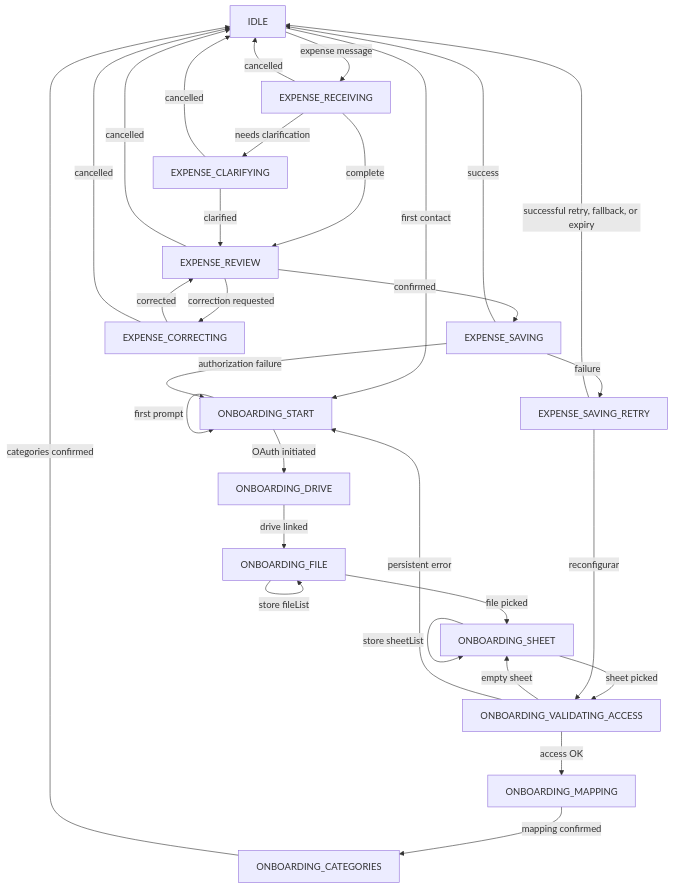
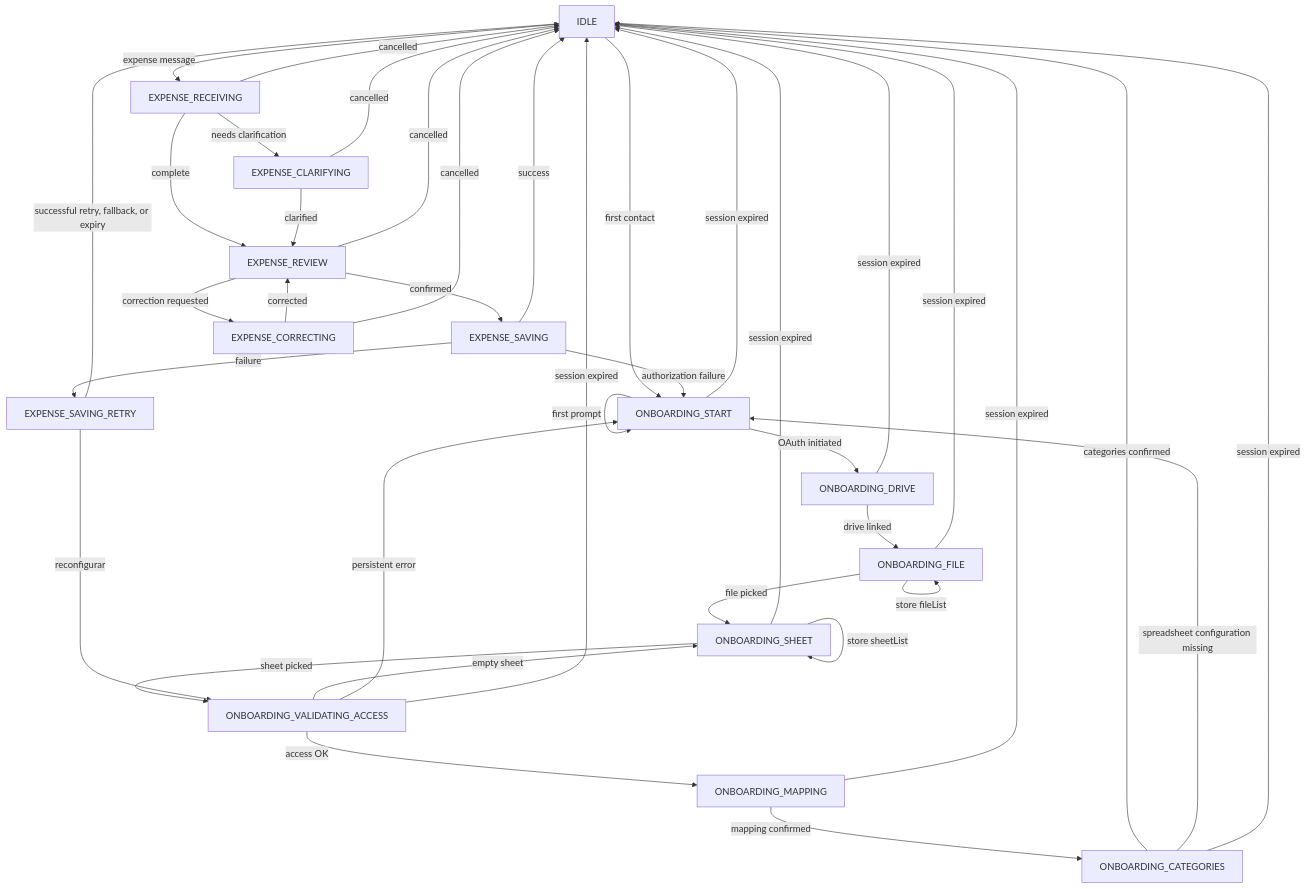
One commit to nmacenco/gastto changed the diagram in docs/architecture/fsm-states.md. Above: the diagram before and after it, drawn with Mermaid. The commit also changed other lines of this file and 7 other files, not shown here.

````diff
--- a/docs/architecture/fsm-states.md
+++ b/docs/architecture/fsm-states.md
@@ -55,39 +55,48 @@
 ```mermaid
 flowchart TD
     IDLE -->|first contact| ONBOARDING_START
     IDLE -->|expense message| EXPENSE_RECEIVING
 
     ONBOARDING_START -->|first prompt| ONBOARDING_START
     ONBOARDING_START -->|OAuth initiated| ONBOARDING_DRIVE
     ONBOARDING_DRIVE -->|drive linked| ONBOARDING_FILE
     ONBOARDING_FILE -->|store fileList| ONBOARDING_FILE
     ONBOARDING_FILE -->|file picked| ONBOARDING_SHEET
     ONBOARDING_SHEET -->|store sheetList| ONBOARDING_SHEET
     ONBOARDING_SHEET -->|sheet picked| ONBOARDING_VALIDATING_ACCESS
     ONBOARDING_VALIDATING_ACCESS -->|access OK| ONBOARDING_MAPPING
     ONBOARDING_VALIDATING_ACCESS -->|empty sheet| ONBOARDING_SHEET
     ONBOARDING_VALIDATING_ACCESS -->|persistent error| ONBOARDING_START
     ONBOARDING_MAPPING -->|mapping confirmed| ONBOARDING_CATEGORIES
     ONBOARDING_CATEGORIES -->|categories confirmed| IDLE
+    ONBOARDING_CATEGORIES -->|spreadsheet configuration missing| ONBOARDING_START
+
+    ONBOARDING_START -->|session expired| IDLE
+    ONBOARDING_DRIVE -->|session expired| IDLE
+    ONBOARDING_FILE -->|session expired| IDLE
+    ONBOARDING_SHEET -->|session expired| IDLE
+    ONBOARDING_VALIDATING_ACCESS -->|session expired| IDLE
+    ONBOARDING_MAPPING -->|session expired| IDLE
+    ONBOARDING_CATEGORIES -->|session expired| IDLE
 
     EXPENSE_RECEIVING -->|needs clarification| EXPENSE_CLARIFYING
     EXPENSE_RECEIVING -->|complete| EXPENSE_REVIEW
     EXPENSE_RECEIVING -->|cancelled| IDLE
 
     EXPENSE_CLARIFYING -->|clarified| EXPENSE_REVIEW
     EXPENSE_CLARIFYING -->|cancelled| IDLE
 
     EXPENSE_REVIEW -->|confirmed| EXPENSE_SAVING
     EXPENSE_REVIEW -->|correction requested| EXPENSE_CORRECTING
     EXPENSE_REVIEW -->|cancelled| IDLE
 
     EXPENSE_CORRECTING -->|corrected| EXPENSE_REVIEW
     EXPENSE_CORRECTING -->|cancelled| IDLE
 
     EXPENSE_SAVING -->|success| IDLE
     EXPENSE_SAVING -->|failure| EXPENSE_SAVING_RETRY
     EXPENSE_SAVING -->|authorization failure| ONBOARDING_START
 
     EXPENSE_SAVING_RETRY -->|successful retry, fallback, or expiry| IDLE
     EXPENSE_SAVING_RETRY -->|reconfigurar| ONBOARDING_VALIDATING_ACCESS
 ```
````
